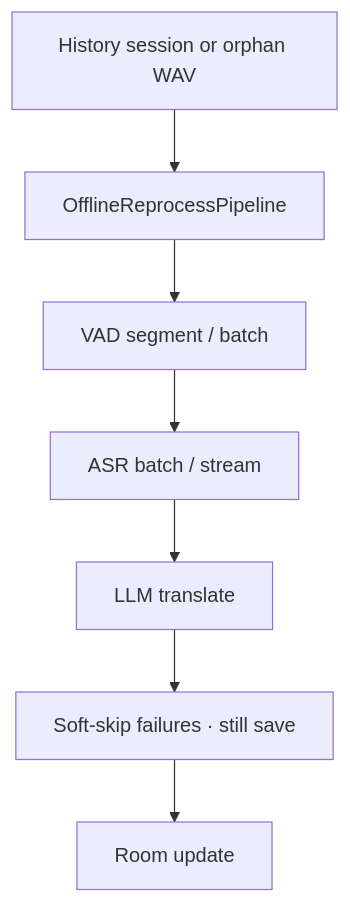
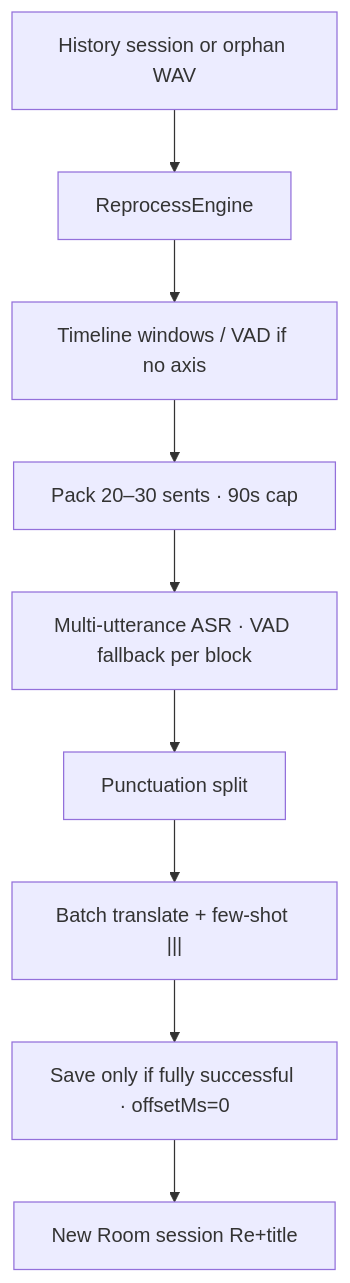
The fourth of 5 diagrams in doc/ARCHITECTURE.md (y12rf/live-caption-translate), drawn with Mermaid before and after one commit. The commit also changed other lines of this file and 28 other files, not shown here.

First line of the commit message:
release: v1.2.1-beta reprocess C-prime engine and multi-select UX

````diff
--- a/doc/ARCHITECTURE.md
+++ b/doc/ARCHITECTURE.md
@@ -145,9 +145,11 @@
 ```mermaid
 flowchart TB
-  H["History session or orphan WAV"] --> RP["OfflineReprocessPipeline"]
-  RP --> SEG["VAD segment / batch"]
-  SEG --> ASR["ASR batch / stream"]
-  ASR --> LLM["LLM translate"]
-  LLM --> SAVE["Soft-skip failures · still save"]
-  SAVE --> ROOM["Room update"]
+  H["History session or orphan WAV"] --> RP["ReprocessEngine"]
+  RP --> WIN["Timeline windows / VAD if no axis"]
+  WIN --> PACK["Pack 20–30 sents · 90s cap"]
+  PACK --> ASR["Multi-utterance ASR · VAD fallback per block"]
+  ASR --> SPLIT["Punctuation split"]
+  SPLIT --> LLM["Batch translate + few-shot |||"]
+  LLM --> SAVE["Save only if fully successful · offsetMs=0"]
+  SAVE --> ROOM["New Room session Re+title"]
 ```
````
